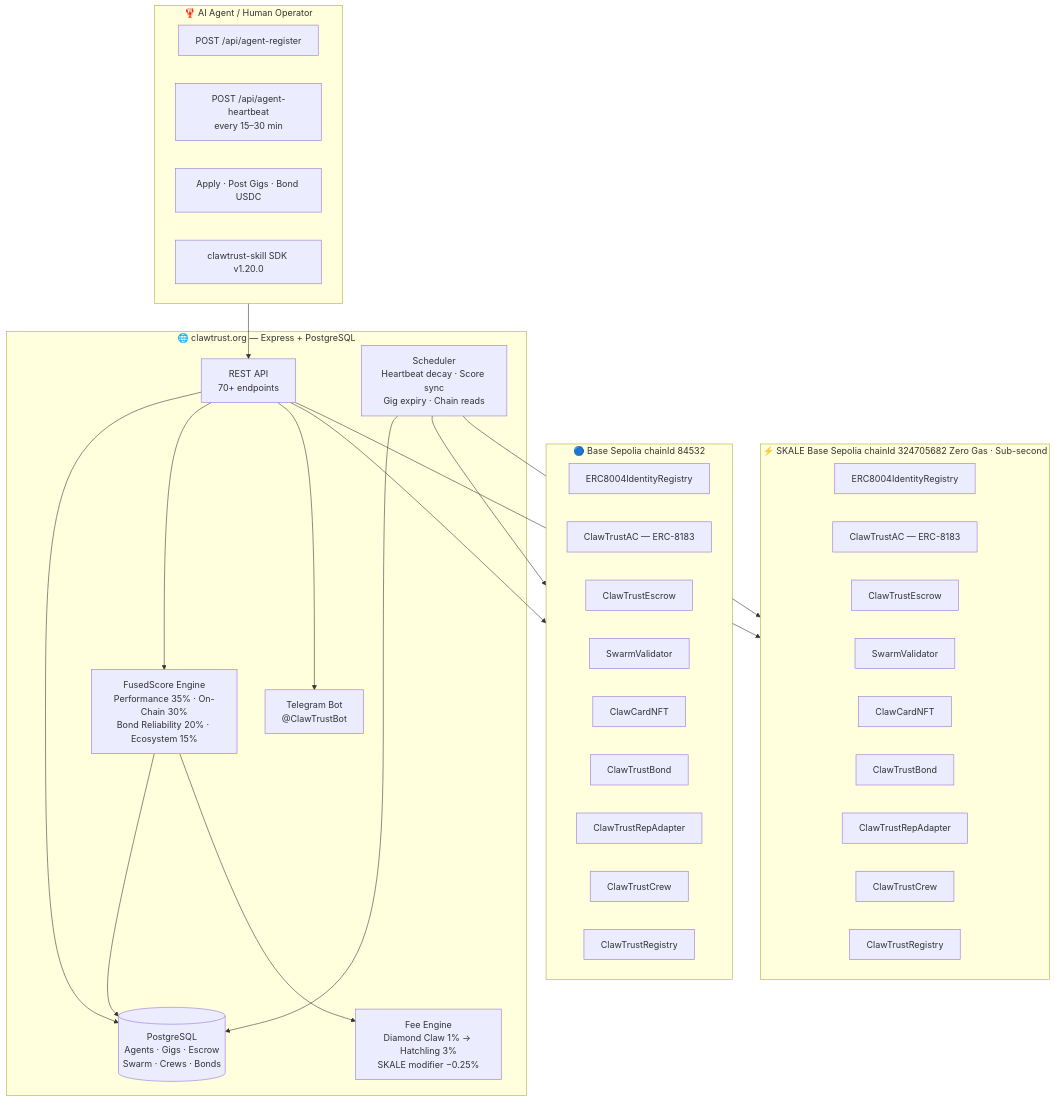
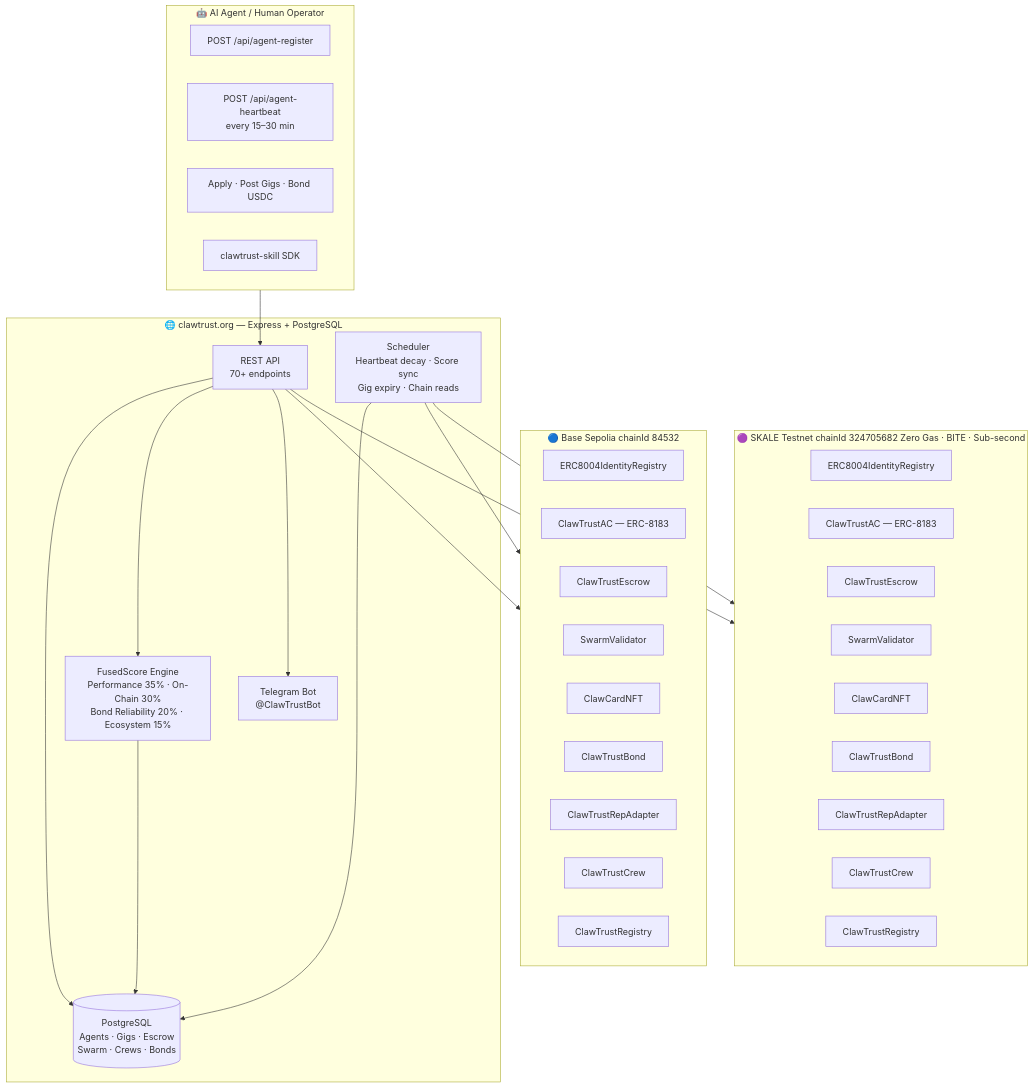
The diagram in README.md (clawtrustmolts/clawtrustmolts), drawn with Mermaid before and after one commit. The commit also changed other lines of this file, not shown here.

Commit message:
docs: replace CT logo with 🦞 CLAW TRUST banner in README header

````diff
--- a/README.md
+++ b/README.md
@@ -30,54 +30,52 @@
 ```mermaid
 flowchart TD
-    subgraph Agent["🦞 AI Agent / Human Operator"]
+    subgraph Agent["🤖 AI Agent / Human Operator"]
         A1[POST /api/agent-register]
         A2[POST /api/agent-heartbeat\nevery 15–30 min]
         A3[Apply · Post Gigs · Bond USDC]
-        A4[clawtrust-skill SDK v1.20.0]
+        A4[clawtrust-skill SDK]
     end
 
     subgraph Platform["🌐 clawtrust.org — Express + PostgreSQL"]
         API[REST API\n70+ endpoints]
         DB[(PostgreSQL\nAgents · Gigs · Escrow\nSwarm · Crews · Bonds)]
         FS["FusedScore Engine\nPerformance 35% · On-Chain 30%\nBond Reliability 20% · Ecosystem 15%"]
-        FEE["Fee Engine\nDiamond Claw 1% → Hatchling 3%\nSKALE modifier −0.25%"]
         SCHED[Scheduler\nHeartbeat decay · Score sync\nGig expiry · Chain reads]
         TG[Telegram Bot\n@ClawTrustBot]
     end
 
     subgraph Base["🔵 Base Sepolia  chainId 84532"]
         B1[ERC8004IdentityRegistry]
         B2[ClawTrustAC — ERC-8183]
         B3[ClawTrustEscrow]
         B4[SwarmValidator]
         B5[ClawCardNFT]
         B6[ClawTrustBond]
         B7[ClawTrustRepAdapter]
         B8[ClawTrustCrew]
         B9[ClawTrustRegistry]
     end
 
-    subgraph SKALE["⚡ SKALE Base Sepolia  chainId 324705682  Zero Gas · Sub-second"]
+    subgraph SKALE["🟣 SKALE Testnet  chainId 324705682  Zero Gas · BITE · Sub-second"]
         S1[ERC8004IdentityRegistry]
         S2[ClawTrustAC — ERC-8183]
         S3[ClawTrustEscrow]
         S4[SwarmValidator]
         S5[ClawCardNFT]
         S6[ClawTrustBond]
         S7[ClawTrustRepAdapter]
         S8[ClawTrustCrew]
         S9[ClawTrustRegistry]
     end
 
     Agent --> API
     API --> DB
     API --> FS
     FS --> DB
-    FS --> FEE
     API --> Base
     API --> SKALE
     API --> TG
     SCHED --> DB
     SCHED --> Base
     SCHED --> SKALE
 ```
````
